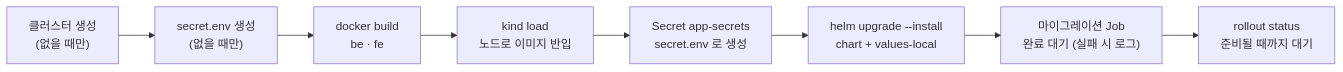
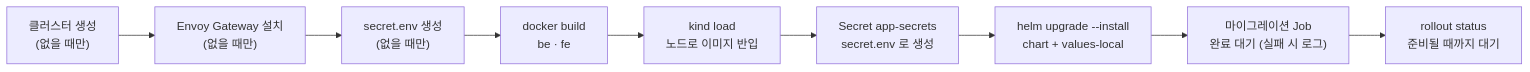
One commit to akdrhtn123/MyProject changed the sixth of 6 diagrams in docs/ARCHITECTURE.md. Above: the diagram before and after it, drawn with Mermaid. The commit also changed other lines of this file and 7 other files, not shown here.

````diff
--- a/docs/ARCHITECTURE.md
+++ b/docs/ARCHITECTURE.md
@@ -207,4 +217,4 @@
 ```mermaid
 flowchart LR
-    a["클러스터 생성<br/>(없을 때만)"] --> b["secret.env 생성<br/>(없을 때만)"] --> c["docker build<br/>be · fe"] --> d["kind load<br/>노드로 이미지 반입"] --> s["Secret app-secrets<br/>secret.env 로 생성"] --> e["helm upgrade --install<br/>chart + values-local"] --> j["마이그레이션 Job<br/>완료 대기 (실패 시 로그)"] --> f["rollout status<br/>준비될 때까지 대기"]
+    a["클러스터 생성<br/>(없을 때만)"] --> g["Envoy Gateway 설치<br/>(없을 때만)"] --> b["secret.env 생성<br/>(없을 때만)"] --> c["docker build<br/>be · fe"] --> d["kind load<br/>노드로 이미지 반입"] --> s["Secret app-secrets<br/>secret.env 로 생성"] --> e["helm upgrade --install<br/>chart + values-local"] --> j["마이그레이션 Job<br/>완료 대기 (실패 시 로그)"] --> f["rollout status<br/>준비될 때까지 대기"]
 ```
````
